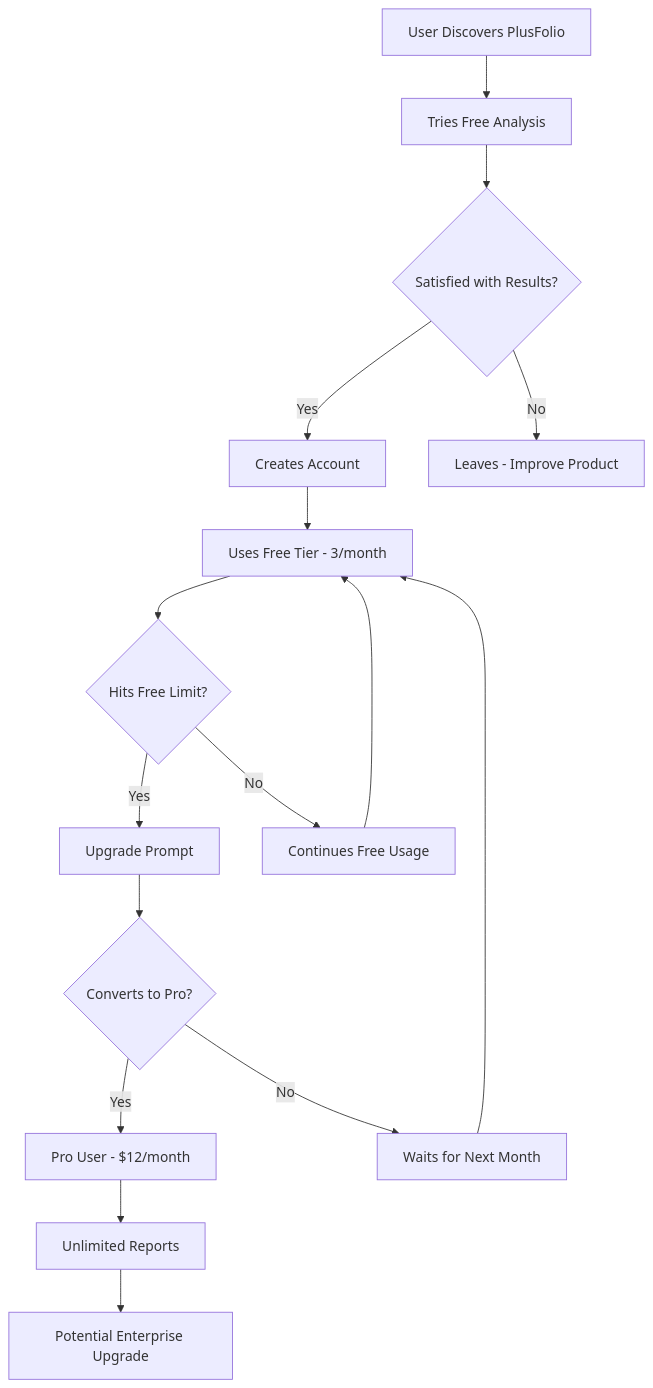
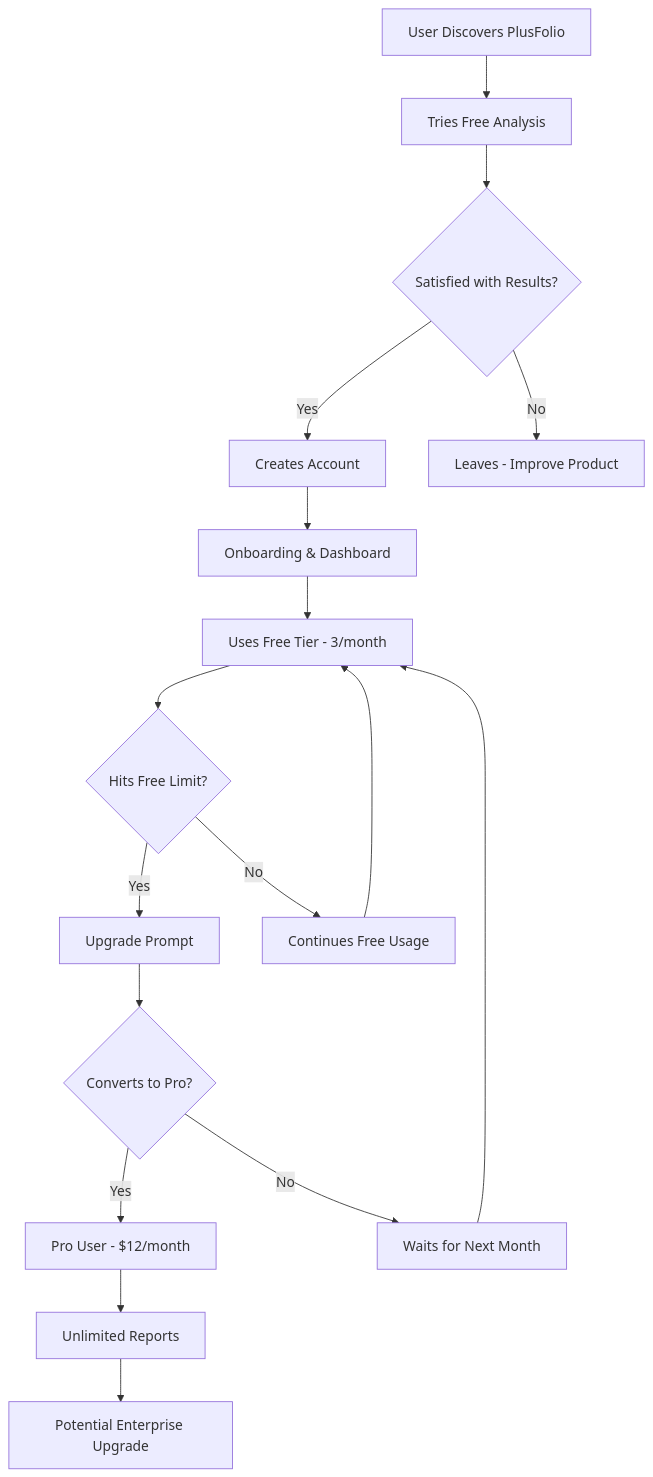
One commit to Waisnu/plusfolio changed the first of 18 diagrams in docs/businessflow.md. Above: the diagram before and after it, drawn with Mermaid. The commit also changed other lines of this file and 19 other files, not shown here.

````diff
--- a/docs/businessflow.md
+++ b/docs/businessflow.md
@@ -16,18 +16,19 @@
 ```mermaid
 graph TB
     A[User Discovers PlusFolio] --> B[Tries Free Analysis]
     B --> C{Satisfied with Results?}
     C -->|Yes| D[Creates Account]
     C -->|No| E[Leaves - Improve Product]
-    D --> F[Uses Free Tier - 3/month]
-    F --> G{Hits Free Limit?}
-    G -->|Yes| H[Upgrade Prompt]
-    G -->|No| I[Continues Free Usage]
-    H --> J{Converts to Pro?}
-    J -->|Yes| K[Pro User - $12/month]
-    J -->|No| L[Waits for Next Month]
-    K --> M[Unlimited Reports]
-    M --> N[Potential Enterprise Upgrade]
-    I --> F
-    L --> F
+    D --> F[Onboarding & Dashboard]
+    F --> G[Uses Free Tier - 3/month]
+    G --> H{Hits Free Limit?}
+    H -->|Yes| I[Upgrade Prompt]
+    H -->|No| J[Continues Free Usage]
+    I --> K{Converts to Pro?}
+    K -->|Yes| L[Pro User - $12/month]
+    K -->|No| M[Waits for Next Month]
+    L --> N[Unlimited Reports]
+    N --> O[Potential Enterprise Upgrade]
+    J --> G
+    M --> G
 ```
````
